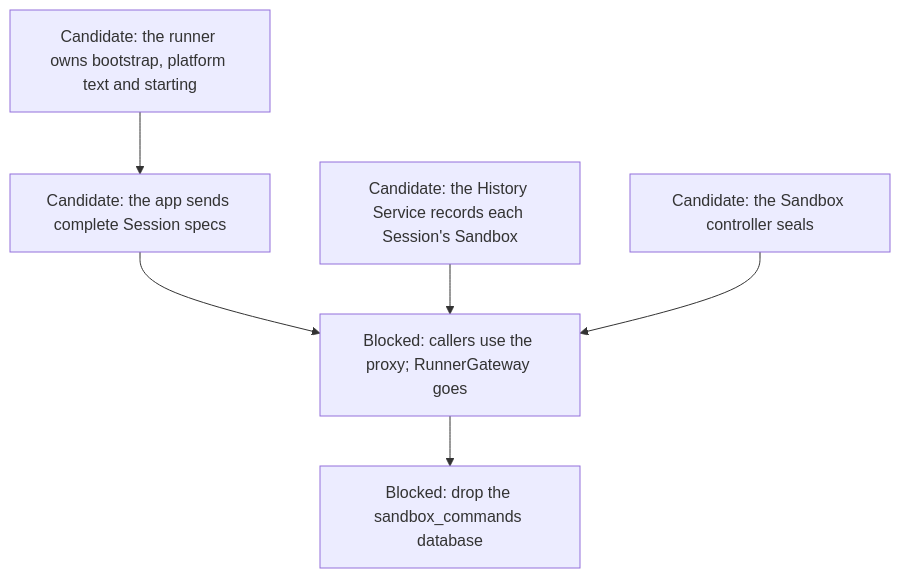
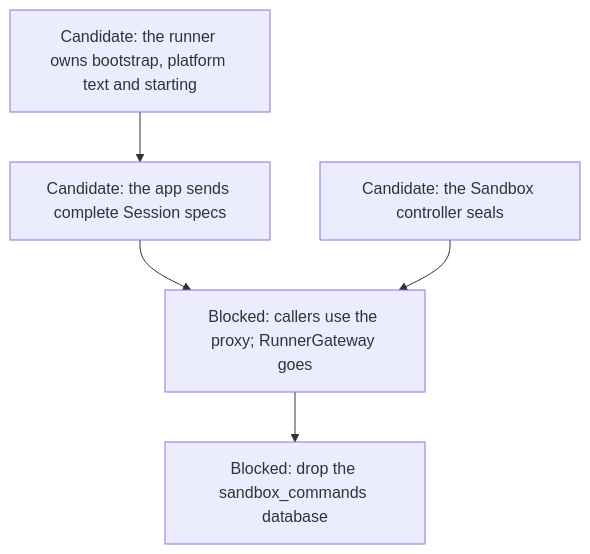
Diagram 15 of 15 in agentplane/plans/task_dag.md (agentydragon-agent/ducktape), drawn with Mermaid before and after one commit. The commit also changed other lines of this file and 13 other files, not shown here.

First line of the commit message:
history-service: record which Sandbox wrote each Session (#10264)

````diff
--- a/agentplane/plans/task_dag.md
+++ b/agentplane/plans/task_dag.md
@@ -855,14 +855,12 @@
 ```mermaid
 flowchart TD
     RUNNER_SESSION_LAUNCH[Candidate: the runner owns bootstrap, platform text and starting]
     APP_SESSION_DEFAULTS[Candidate: the app sends complete Session specs]
-    HISTORY_SESSION_SANDBOX[Candidate: the History Service records each Session's Sandbox]
     CONTROLLER_SEALS[Candidate: the Sandbox controller seals]
     GATEWAY_WRAPPER_RETIRE[Blocked: callers use the proxy; RunnerGateway goes]
     GATEWAY_DATABASE_DROP[Blocked: drop the sandbox_commands database]
     RUNNER_SESSION_LAUNCH --> APP_SESSION_DEFAULTS
     APP_SESSION_DEFAULTS --> GATEWAY_WRAPPER_RETIRE
-    HISTORY_SESSION_SANDBOX --> GATEWAY_WRAPPER_RETIRE
     CONTROLLER_SEALS --> GATEWAY_WRAPPER_RETIRE
     GATEWAY_WRAPPER_RETIRE --> GATEWAY_DATABASE_DROP
 ```
````
